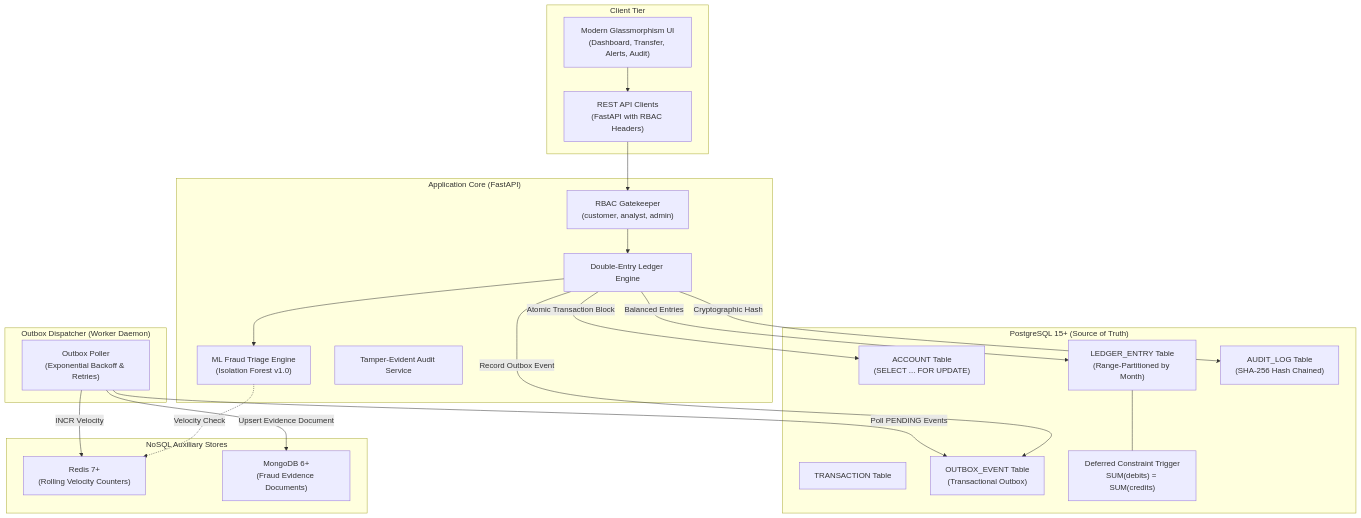
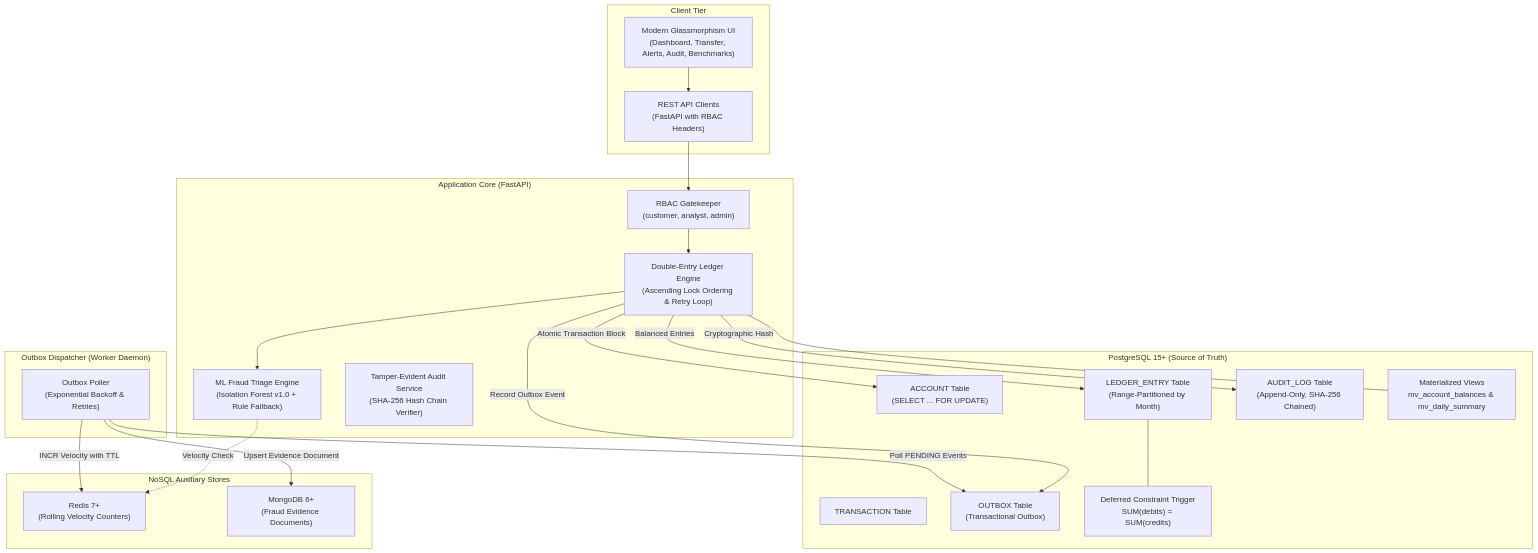
One commit to praneel24eb-cyber/Financial-Transaction-Ledger-with-Real-Time-Fraud-Triage- changed the diagram in README.md. Above: the diagram before and after it, drawn with Mermaid. The commit also changed other lines of this file, not shown here.

````diff
--- a/README.md
+++ b/README.md
@@ -56,47 +58,49 @@
 ```mermaid
 flowchart TD
     subgraph Client["Client Tier"]
-        UI["Modern Glassmorphism UI<br/>(Dashboard, Transfer, Alerts, Audit)"]
+        UI["Modern Glassmorphism UI<br/>(Dashboard, Transfer, Alerts, Audit, Benchmarks)"]
         API["REST API Clients<br/>(FastAPI with RBAC Headers)"]
     end
 
     subgraph Service["Application Core (FastAPI)"]
         AUTH["RBAC Gatekeeper<br/>(customer, analyst, admin)"]
-        LEDGER["Double-Entry Ledger Engine"]
-        FRAUD["ML Fraud Triage Engine<br/>(Isolation Forest v1.0)"]
-        AUDIT["Tamper-Evident Audit Service"]
+        LEDGER["Double-Entry Ledger Engine<br/>(Ascending Lock Ordering & Retry Loop)"]
+        FRAUD["ML Fraud Triage Engine<br/>(Isolation Forest v1.0 + Rule Fallback)"]
+        AUDIT["Tamper-Evident Audit Service<br/>(SHA-256 Hash Chain Verifier)"]
     end
 
     subgraph PostgreSQL["PostgreSQL 15+ (Source of Truth)"]
         ACCOUNTS["ACCOUNT Table<br/>(SELECT ... FOR UPDATE)"]
         TXNS["TRANSACTION Table"]
         LEDGER_PART["LEDGER_ENTRY Table<br/>(Range-Partitioned by Month)"]
-        OUTBOX["OUTBOX_EVENT Table<br/>(Transactional Outbox)"]
-        AUDIT_TBL["AUDIT_LOG Table<br/>(SHA-256 Hash Chained)"]
+        OUTBOX["OUTBOX Table<br/>(Transactional Outbox)"]
+        AUDIT_TBL["AUDIT_LOG Table<br/>(Append-Only, SHA-256 Chained)"]
         TRIGGER["Deferred Constraint Trigger<br/>SUM(debits) = SUM(credits)"]
+        MVIEWS["Materialized Views<br/>mv_account_balances & mv_daily_summary"]
     end
 
     subgraph OutboxWorker["Outbox Dispatcher (Worker Daemon)"]
         WORKER["Outbox Poller<br/>(Exponential Backoff & Retries)"]
     end
 
     subgraph NoSQL["NoSQL Auxiliary Stores"]
         REDIS["Redis 7+<br/>(Rolling Velocity Counters)"]
         MONGO["MongoDB 6+<br/>(Fraud Evidence Documents)"]
     end
 
     UI --> API
     API --> AUTH
     AUTH --> LEDGER
     LEDGER --> FRAUD
     FRAUD -.->|Velocity Check| REDIS
     LEDGER -->|Atomic Transaction Block| ACCOUNTS
     LEDGER -->|Balanced Entries| LEDGER_PART
     LEDGER_PART --- TRIGGER
     LEDGER -->|Record Outbox Event| OUTBOX
     LEDGER -->|Cryptographic Hash| AUDIT_TBL
+    LEDGER --- MVIEWS
 
     WORKER -->|Poll PENDING Events| OUTBOX
-    WORKER -->|INCR Velocity| REDIS
+    WORKER -->|INCR Velocity with TTL| REDIS
     WORKER -->|Upsert Evidence Document| MONGO
 ```
````
